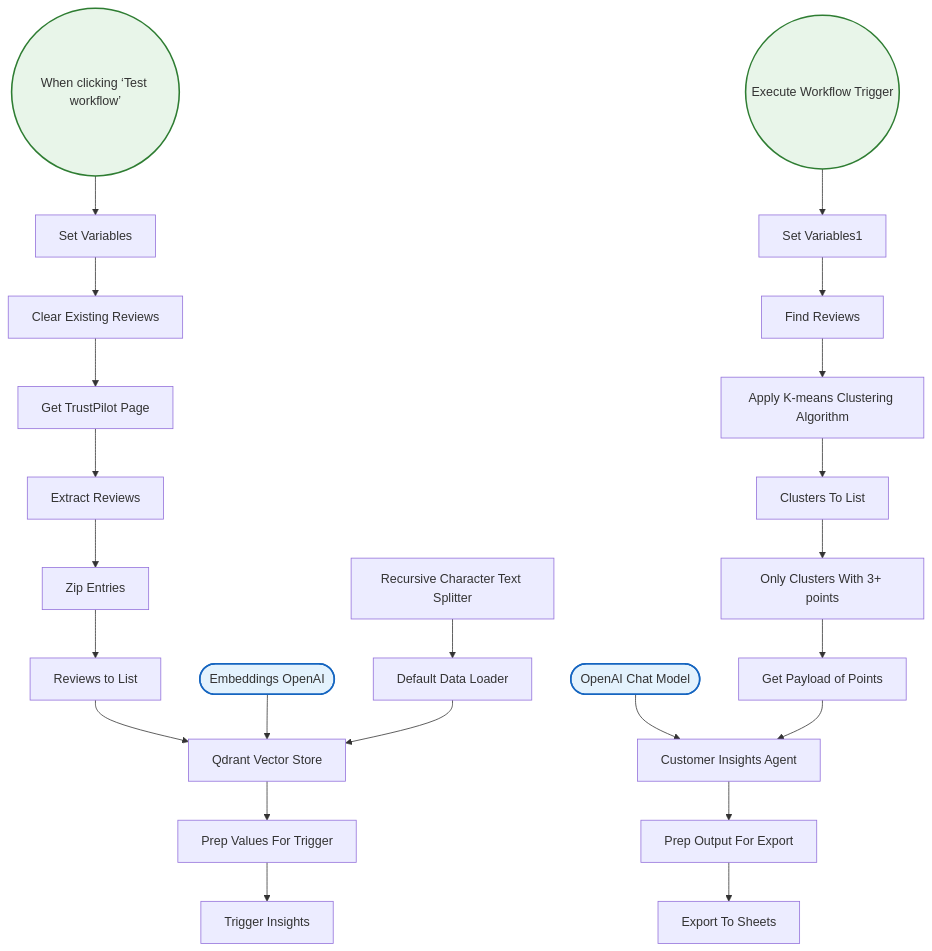
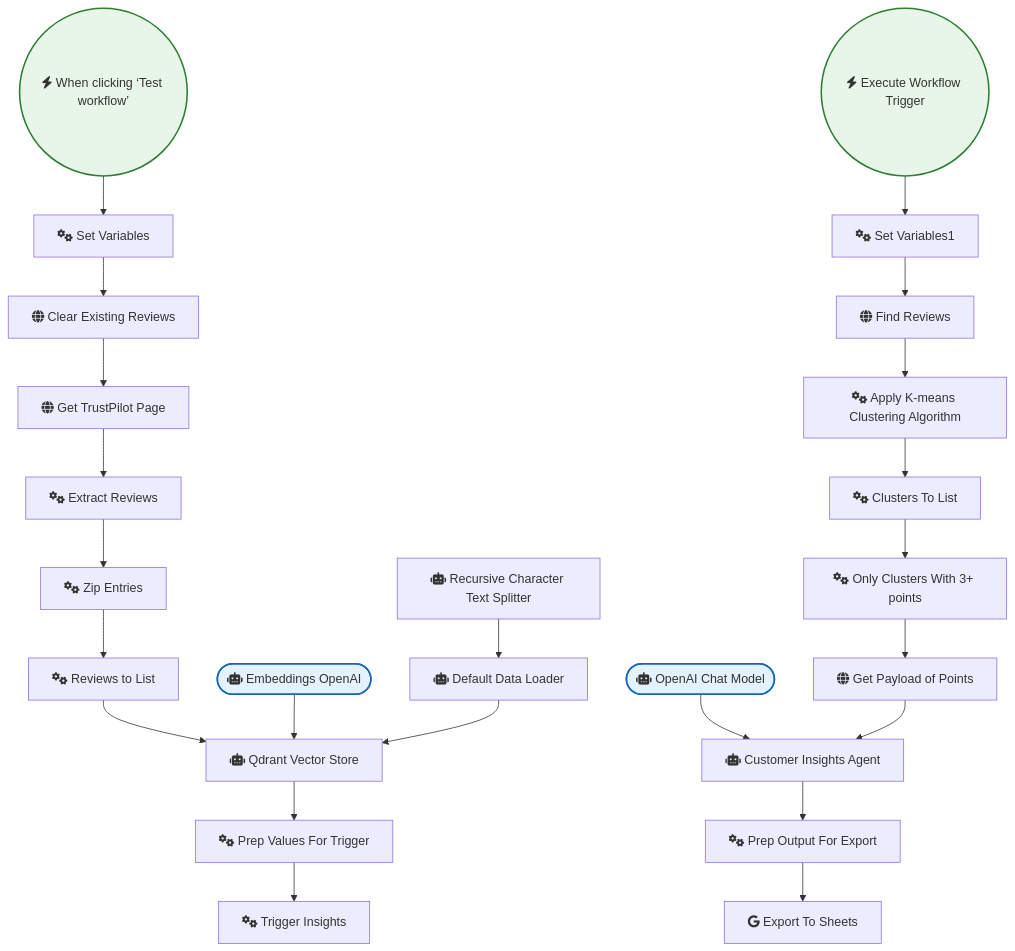
The diagram in AI_Research_RAG_and_Data_Analysis/Customer Insights with Qdrant Python and Information Extractor.md (sreyash3105/N8N-DEMO-AUTOMATIONS), drawn with Mermaid before and after one commit. The commit also changed 291 other files, not shown here.

````diff
--- a/AI_Research_RAG_and_Data_Analysis/Customer Insights with Qdrant Python and Information Extractor.md
+++ b/AI_Research_RAG_and_Data_Analysis/Customer Insights with Qdrant Python and Information Extractor.md
@@ -1,54 +1,54 @@
 ```mermaid
 graph TD
     classDef trigger fill:#e8f5e9,stroke:#2e7d32,stroke-width:2px;
     classDef ai fill:#e3f2fd,stroke:#1565c0,stroke-width:2px;
     classDef logic fill:#fff3e0,stroke:#ef6c00,stroke-width:2px;
 
-    When_clicking__Test_workflow_(("When clicking ‘Test workflow’")):::trigger
-    Zip_Entries["Zip Entries"]
-    Extract_Reviews["Extract Reviews"]
-    Reviews_to_List["Reviews to List"]
-    Default_Data_Loader["Default Data Loader"]
-    Recursive_Character_Text_Splitter["Recursive Character Text Splitter"]
-    Embeddings_OpenAI(["Embeddings OpenAI"]):::ai
-    Set_Variables["Set Variables"]
-    Get_Payload_of_Points["Get Payload of Points"]
-    Clusters_To_List["Clusters To List"]
-    OpenAI_Chat_Model(["OpenAI Chat Model"]):::ai
-    Only_Clusters_With_3__points["Only Clusters With 3+ points"]
-    Set_Variables1["Set Variables1"]
-    Find_Reviews["Find Reviews"]
-    Prep_Output_For_Export["Prep Output For Export"]
-    Export_To_Sheets["Export To Sheets"]
-    Clear_Existing_Reviews["Clear Existing Reviews"]
-    Trigger_Insights["Trigger Insights"]
-    Prep_Values_For_Trigger["Prep Values For Trigger"]
-    Execute_Workflow_Trigger(("Execute Workflow Trigger")):::trigger
-    Get_TrustPilot_Page["Get TrustPilot Page"]
-    Qdrant_Vector_Store["Qdrant Vector Store"]
-    Apply_K_means_Clustering_Algorithm["Apply K-means Clustering Algorithm"]
-    Customer_Insights_Agent["Customer Insights Agent"]
+    When_clicking__Test_workflow_(("fas:fa-bolt When clicking ‘Test workflow’")):::trigger
+    Zip_Entries["fas:fa-cogs Zip Entries"]
+    Extract_Reviews["fas:fa-cogs Extract Reviews"]
+    Reviews_to_List["fas:fa-cogs Reviews to List"]
+    Default_Data_Loader["fas:fa-robot Default Data Loader"]
+    Recursive_Character_Text_Splitter["fas:fa-robot Recursive Character Text Splitter"]
+    Embeddings_OpenAI(["fas:fa-robot Embeddings OpenAI"]):::ai
+    Set_Variables["fas:fa-cogs Set Variables"]
+    Get_Payload_of_Points["fas:fa-globe Get Payload of Points"]
+    Clusters_To_List["fas:fa-cogs Clusters To List"]
+    OpenAI_Chat_Model(["fas:fa-robot OpenAI Chat Model"]):::ai
+    Only_Clusters_With_3__points["fas:fa-cogs Only Clusters With 3+ points"]
+    Set_Variables1["fas:fa-cogs Set Variables1"]
+    Find_Reviews["fas:fa-globe Find Reviews"]
+    Prep_Output_For_Export["fas:fa-cogs Prep Output For Export"]
+    Export_To_Sheets["fab:fa-google Export To Sheets"]
+    Clear_Existing_Reviews["fas:fa-globe Clear Existing Reviews"]
+    Trigger_Insights["fas:fa-cogs Trigger Insights"]
+    Prep_Values_For_Trigger["fas:fa-cogs Prep Values For Trigger"]
+    Execute_Workflow_Trigger(("fas:fa-bolt Execute Workflow Trigger")):::trigger
+    Get_TrustPilot_Page["fas:fa-globe Get TrustPilot Page"]
+    Qdrant_Vector_Store["fas:fa-robot Qdrant Vector Store"]
+    Apply_K_means_Clustering_Algorithm["fas:fa-cogs Apply K-means Clustering Algorithm"]
+    Customer_Insights_Agent["fas:fa-robot Customer Insights Agent"]
 
     Zip_Entries --> Reviews_to_List
     Find_Reviews --> Apply_K_means_Clustering_Algorithm
     Set_Variables --> Clear_Existing_Reviews
     Set_Variables1 --> Find_Reviews
     Extract_Reviews --> Zip_Entries
     Reviews_to_List --> Qdrant_Vector_Store
     Clusters_To_List --> Only_Clusters_With_3__points
     Embeddings_OpenAI --> Qdrant_Vector_Store
     OpenAI_Chat_Model --> Customer_Insights_Agent
     Default_Data_Loader --> Qdrant_Vector_Store
     Get_TrustPilot_Page --> Extract_Reviews
     Qdrant_Vector_Store --> Prep_Values_For_Trigger
     Get_Payload_of_Points --> Customer_Insights_Agent
     Clear_Existing_Reviews --> Get_TrustPilot_Page
     Prep_Output_For_Export --> Export_To_Sheets
     Customer_Insights_Agent --> Prep_Output_For_Export
     Prep_Values_For_Trigger --> Trigger_Insights
     Execute_Workflow_Trigger --> Set_Variables1
     Only_Clusters_With_3__points --> Get_Payload_of_Points
     Recursive_Character_Text_Splitter --> Default_Data_Loader
     When_clicking__Test_workflow_ --> Set_Variables
     Apply_K_means_Clustering_Algorithm --> Clusters_To_List
 ```
````
